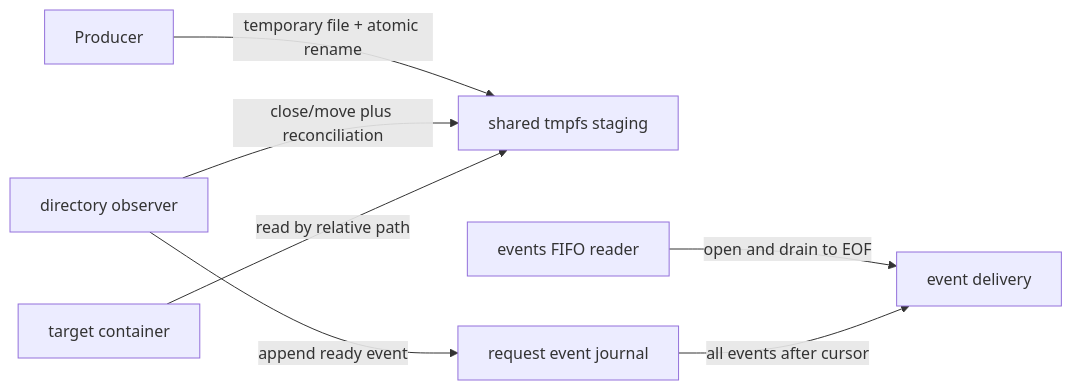
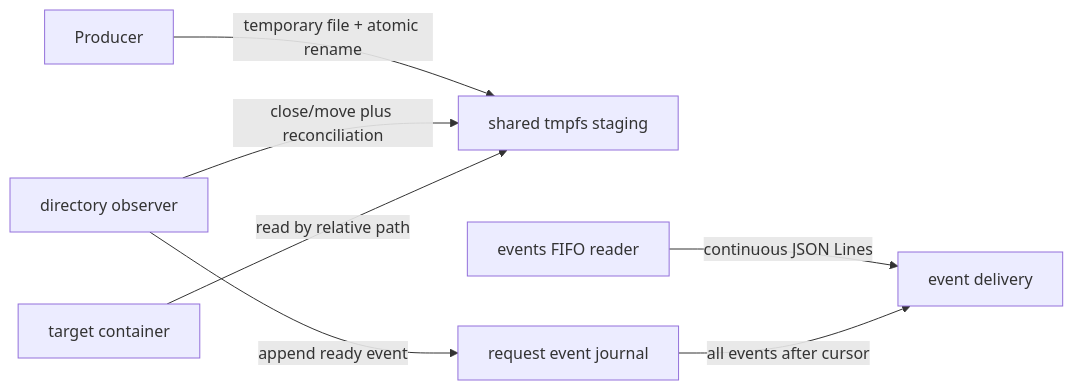
The diagram in Architecture_Design_Decisions/Bulk-Directory-Ingestion#122/implementation_v2_event_delivery.md (SergeyIvanov87/Code-Metric-Visualizer-Platform), drawn with Mermaid before and after one commit. The commit also changed other lines of this file and 6 other files, not shown here.

Commit message:
Add sealing and continuous directory event delivery

````diff
--- a/Architecture_Design_Decisions/Bulk-Directory-Ingestion#122/implementation_v2_event_delivery.md
+++ b/Architecture_Design_Decisions/Bulk-Directory-Ingestion#122/implementation_v2_event_delivery.md
@@ -32,9 +32,9 @@
 ```mermaid
 flowchart LR
     P["Producer"] -->|"temporary file + atomic rename"| S["shared tmpfs staging"]
     O["directory observer"] -->|"close/move plus reconciliation"| S
     O -->|"append ready event"| J["request event journal"]
-    R["events FIFO reader"] -->|"open and drain to EOF"| D["event delivery"]
+    R["events FIFO reader"] -->|"continuous JSON Lines"| D["event delivery"]
     J -->|"all events after cursor"| D
     C["target container"] -->|"read by relative path"| S
 ```
````
